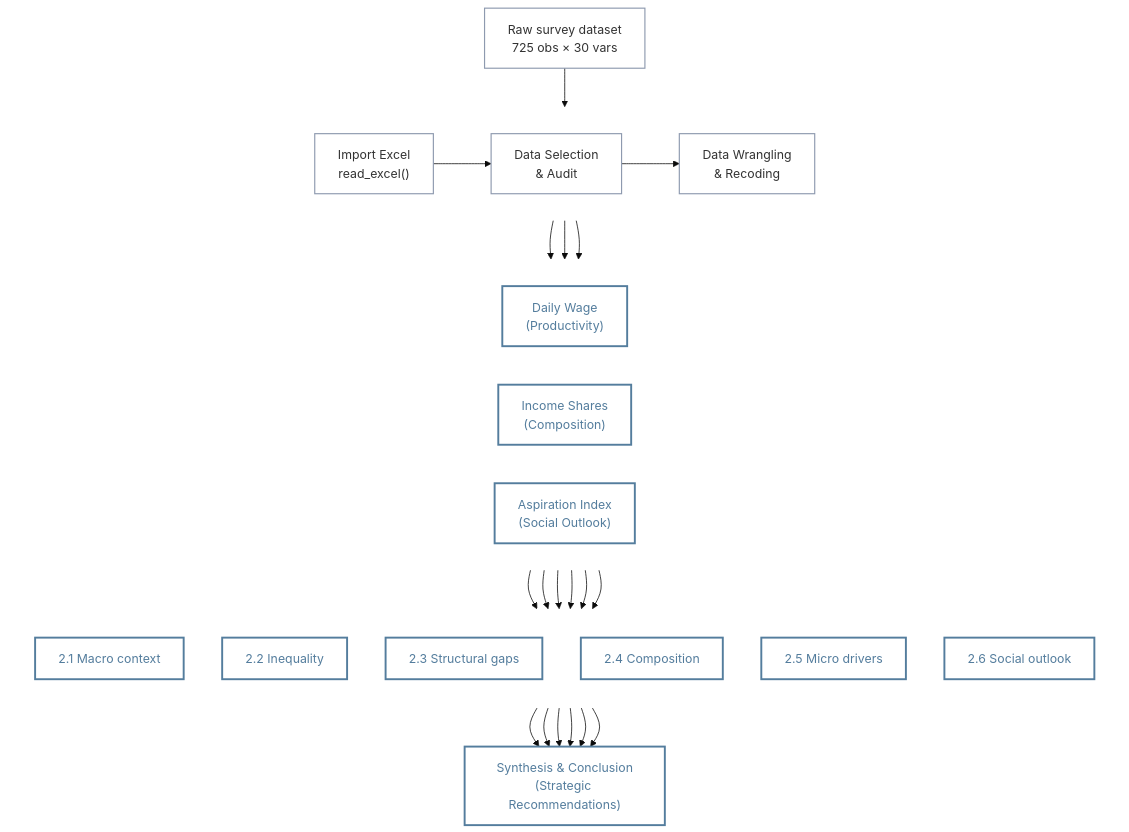
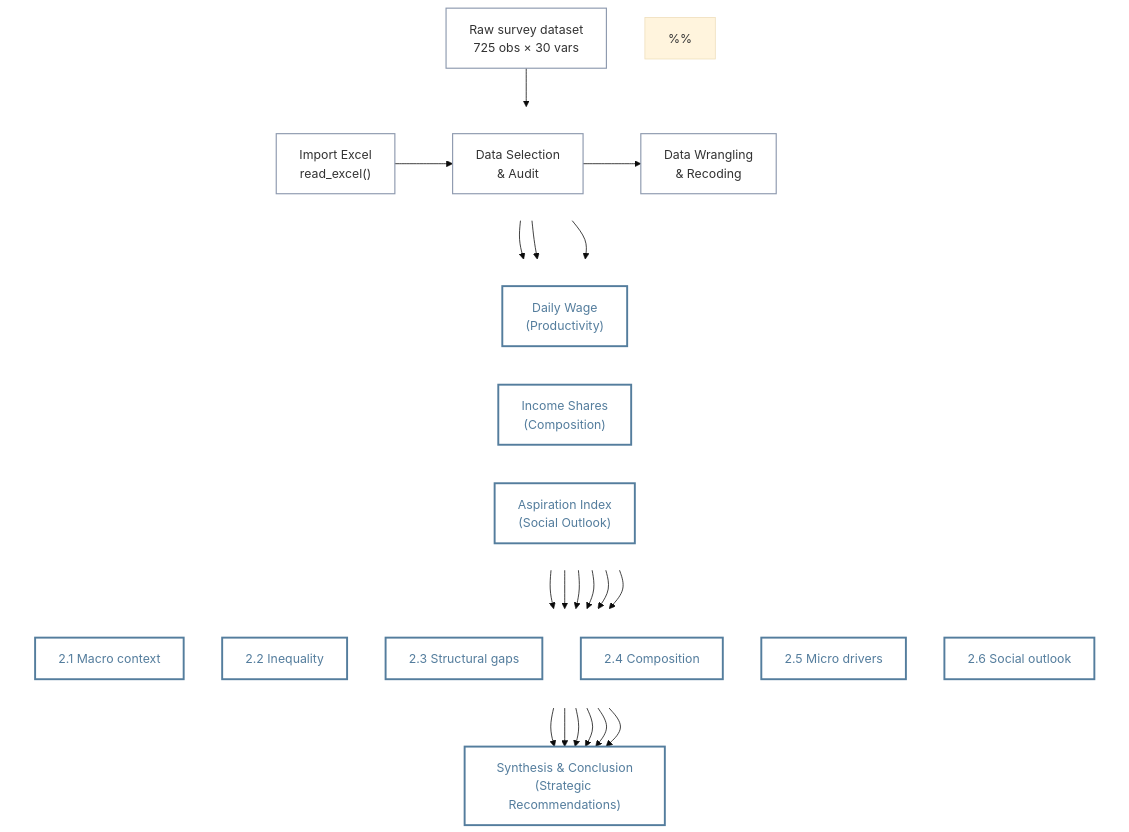
The diagram in Take-Home_Exercise/Take-Home_Exercise01/TE01.qmd (anneyang29/ISSS_608), drawn with Mermaid (base theme) before and after one commit. The commit also changed other lines of this file and 20 other files, not shown here.

````diff
--- a/Take-Home_Exercise/Take-Home_Exercise01/TE01.qmd
+++ b/Take-Home_Exercise/Take-Home_Exercise01/TE01.qmd
@@ -57,56 +57,56 @@
 ```{mermaid}
 %%| echo: true
 %%| code-fold: true
 %%| code-summary: "Code"
 flowchart TB
 
 %% ==========================================
 %% 1. Professional Style Definitions
 %% ==========================================
 classDef data fill:none,stroke:#8e9aaf,stroke-width:1.5px,color:#333333;
 classDef proc fill:none,stroke:#8e9aaf,stroke-width:1.5px,color:#333333;
 classDef feat fill:none,stroke:#547d9d,stroke-width:2.5px,color:#547d9d;
 classDef out  fill:none,stroke:#547d9d,stroke-width:2.5px,color:#547d9d;
 
 %% ==========================================
 %% 2. Data Pipeline Logic
 %% ==========================================
 A["Raw survey dataset<br/>725 obs × 30 vars"]:::data
   --> B["Import Excel<br/>read_excel()"]:::data
 
 %% --- Subgraph 1: Processing (Invisible) ---
 subgraph S1 [" "]
   direction LR
   B --> C["Data Selection<br/>& Audit"]:::proc
   C --> D["Data Wrangling<br/>& Recoding"]:::proc
 end
 
 %% --- Subgraph 2: Features (Invisible) ---
 subgraph S2 [" "]
   direction LR
   D --> J["Daily Wage<br/>(Productivity)"]:::feat
   D --> K["Income Shares<br/>(Composition)"]:::feat
   D --> L["Aspiration Index<br/>(Social Outlook)"]:::feat
 end
 
 %% --- Subgraph 3: Analysis (Invisible) ---
 subgraph S3 [" "]
   direction TB
   J --> M["2.1 Macro context"]:::out
   K --> N["2.2 Inequality"]:::out
   J --> O["2.3 Structural gaps"]:::out
   K --> P["2.4 Composition"]:::out
   J --> Q["2.5 Micro drivers"]:::out
   L --> R["2.6 Social outlook"]:::out
 end
 
-%% --- 匯聚點修正：所有分析指標同時指向總結 ---
+%%
 M & N & O & P & Q & R --> Z["Synthesis & Conclusion<br/>(Strategic Recommendations)"]:::out
 
 %% ==========================================
 %% 3. Hide Subgraph Borders & Backgrounds
 %% ==========================================
 style S1 fill:none,stroke:none
 style S2 fill:none,stroke:none
 style S3 fill:none,stroke:none
 ```
````
